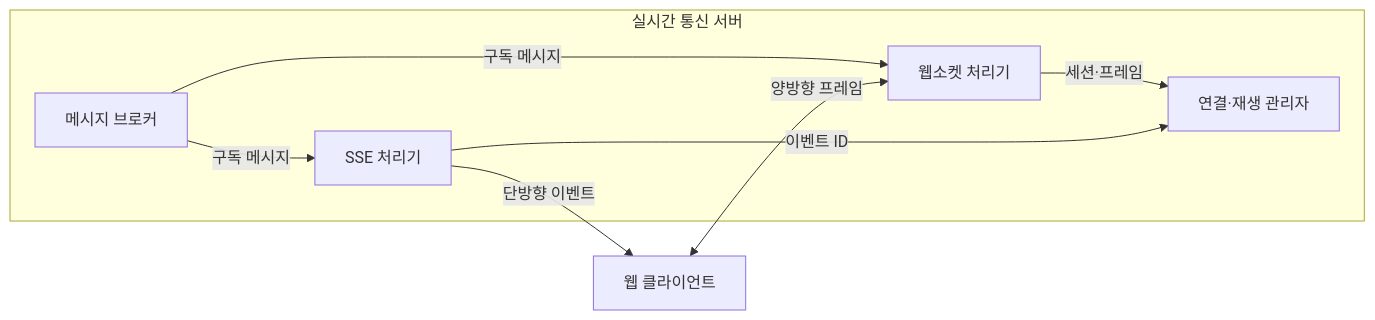
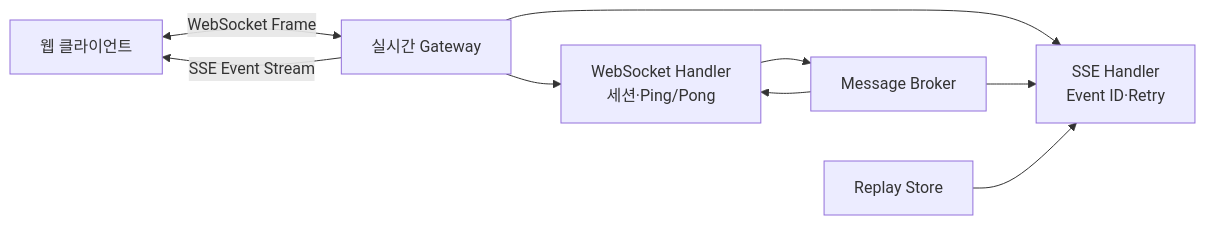
The first of 2 diagrams in src/content/docs/notes/03-software/178_websocket_sse.md (agnusdei1207/knowledge-base), drawn with Mermaid before and after one commit. The commit also changed other lines of this file and 20 other files, not shown here.

````diff
--- a/src/content/docs/notes/03-software/178_websocket_sse.md
+++ b/src/content/docs/notes/03-software/178_websocket_sse.md
@@ -53,16 +58,11 @@
 ```mermaid
 flowchart LR
-    C[웹 클라이언트]
-    subgraph R[실시간 통신 서버]
-        W[웹소켓 처리기]
-        S[SSE 처리기]
-        M[연결·재생 관리자]
-        B[메시지 브로커]
-        W -->|세션·프레임| M
-        S -->|이벤트 ID| M
-        B -->|구독 메시지| W
-        B -->|구독 메시지| S
-    end
-    C <-->|양방향 프레임| W
-    S -->|단방향 이벤트| C
+    C["웹 클라이언트"] <-->|"WebSocket Frame"| G["실시간 Gateway"]
+    G -->|"SSE Event Stream"| C
+    G --> W["WebSocket Handler<br/>세션·Ping/Pong"]
+    G --> S["SSE Handler<br/>Event ID·Retry"]
+    B["Message Broker"] --> W
+    B --> S
+    R["Replay Store"] --> S
+    W --> B
 ```
````
